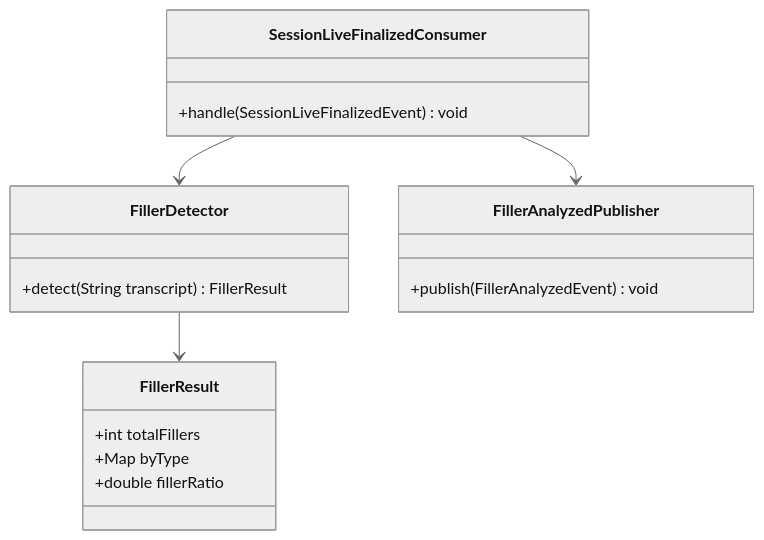
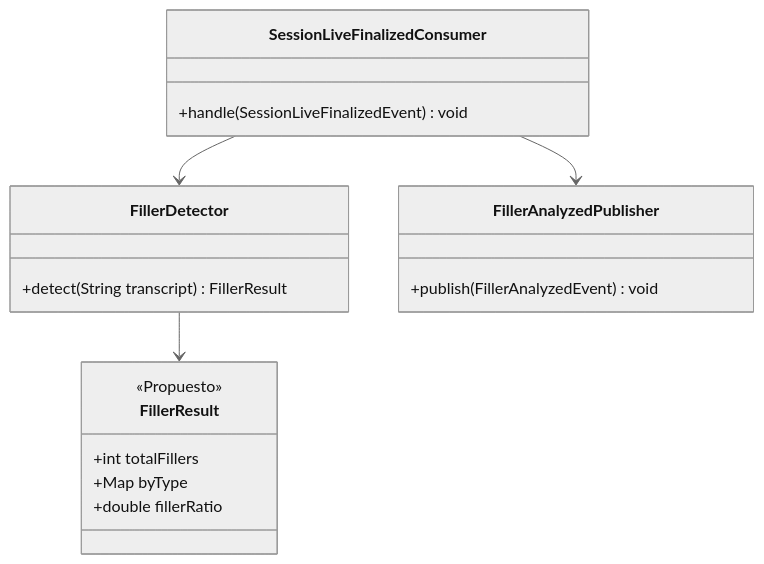
Before and after one commit to upc-pre-202620-si728-16365-thropic/talki-project-report: the diagram in assets/diagrams/tactical/02-speech-analysis-classes.mmd, drawn with Mermaid (neutral theme). The commit also changed 33 other files, not shown here.

Commit message:
docs: retirar fuentes editables y alinear texto y diagramas

```diff
--- a/assets/diagrams/tactical/02-speech-analysis-classes.mmd
+++ b/assets/diagrams/tactical/02-speech-analysis-classes.mmd
@@ -1,18 +1,19 @@
 classDiagram
     class SessionLiveFinalizedConsumer {
         +handle(SessionLiveFinalizedEvent) void
     }
     class FillerDetector {
         +detect(String transcript) FillerResult
     }
     class FillerResult {
+        <<Propuesto>>
         +int totalFillers
         +Map byType
         +double fillerRatio
     }
     class FillerAnalyzedPublisher {
         +publish(FillerAnalyzedEvent) void
     }
     SessionLiveFinalizedConsumer --> FillerDetector
     SessionLiveFinalizedConsumer --> FillerAnalyzedPublisher
     FillerDetector --> FillerResult
```
